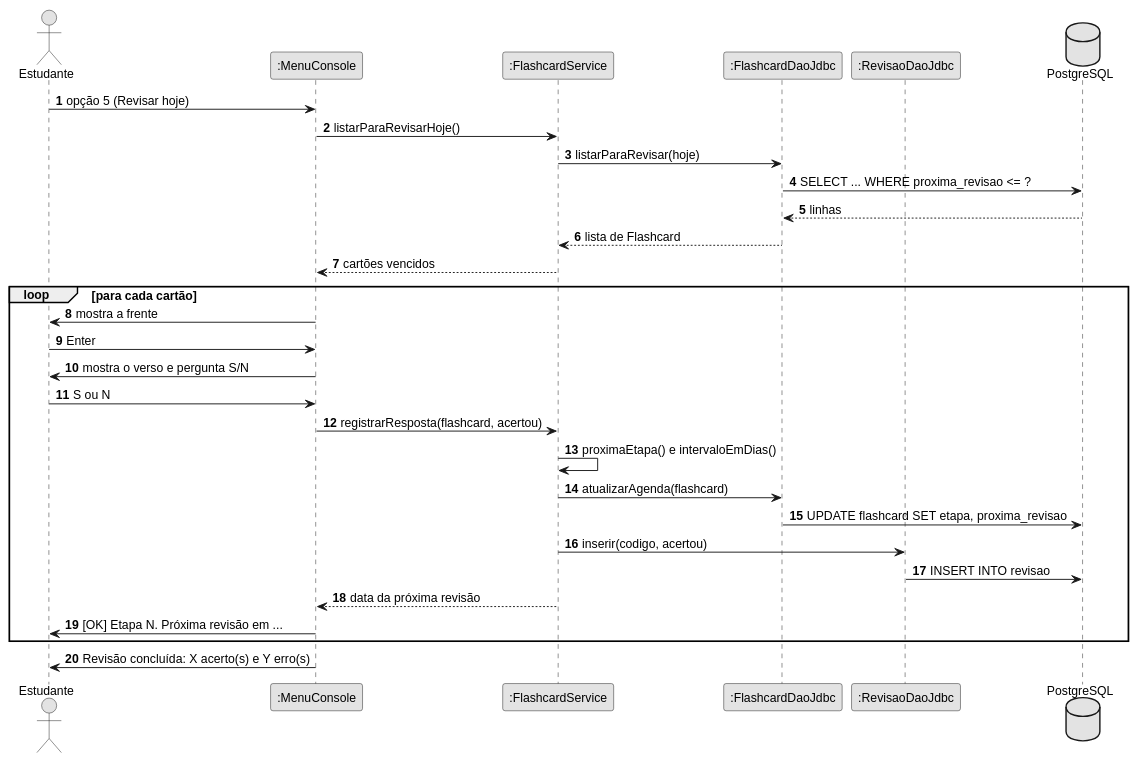
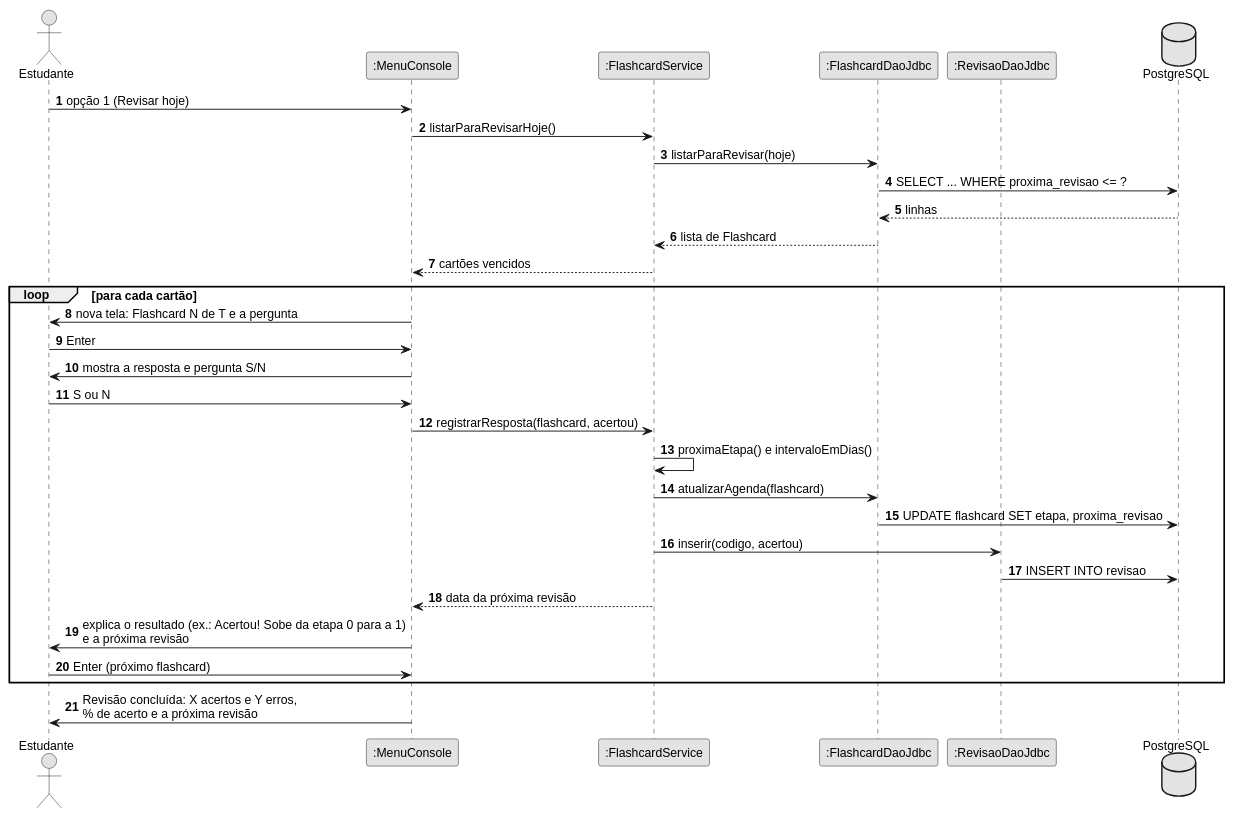
One commit to AndraxZin/Cadencia changed the diagram in docs/diagramas/sequencia-revisar-hoje.puml. Above: the diagram before and after it, drawn with PlantUML. The commit also changed 19 other files, not shown here.

```diff
--- a/docs/diagramas/sequencia-revisar-hoje.puml
+++ b/docs/diagramas/sequencia-revisar-hoje.puml
@@ -1,38 +1,39 @@
 @startuml
 skinparam monochrome true
 skinparam shadowing false
 skinparam backgroundColor white
 skinparam defaultFontName "Liberation Sans"
 skinparam defaultFontSize 13
 skinparam sequenceMessageAlign left
 autonumber
 actor Estudante
 participant ":MenuConsole" as V
 participant ":FlashcardService" as S
 participant ":FlashcardDaoJdbc" as FD
 participant ":RevisaoDaoJdbc" as RD
 database "PostgreSQL" as DB
 
-Estudante -> V : opção 5 (Revisar hoje)
+Estudante -> V : opção 1 (Revisar hoje)
 V -> S : listarParaRevisarHoje()
 S -> FD : listarParaRevisar(hoje)
 FD -> DB : SELECT ... WHERE proxima_revisao <= ?
 DB --> FD : linhas
 FD --> S : lista de Flashcard
 S --> V : cartões vencidos
 loop para cada cartão
-  V -> Estudante : mostra a frente
+  V -> Estudante : nova tela: Flashcard N de T e a pergunta
   Estudante -> V : Enter
-  V -> Estudante : mostra o verso e pergunta S/N
+  V -> Estudante : mostra a resposta e pergunta S/N
   Estudante -> V : S ou N
   V -> S : registrarResposta(flashcard, acertou)
   S -> S : proximaEtapa() e intervaloEmDias()
   S -> FD : atualizarAgenda(flashcard)
   FD -> DB : UPDATE flashcard SET etapa, proxima_revisao
   S -> RD : inserir(codigo, acertou)
   RD -> DB : INSERT INTO revisao
   S --> V : data da próxima revisão
-  V -> Estudante : [OK] Etapa N. Próxima revisão em ...
+  V -> Estudante : explica o resultado (ex.: Acertou! Sobe da etapa 0 para a 1)\ne a próxima revisão
+  Estudante -> V : Enter (próximo flashcard)
 end
-V -> Estudante : Revisão concluída: X acerto(s) e Y erro(s)
+V -> Estudante : Revisão concluída: X acertos e Y erros,\n% de acerto e a próxima revisão
 @enduml
```
